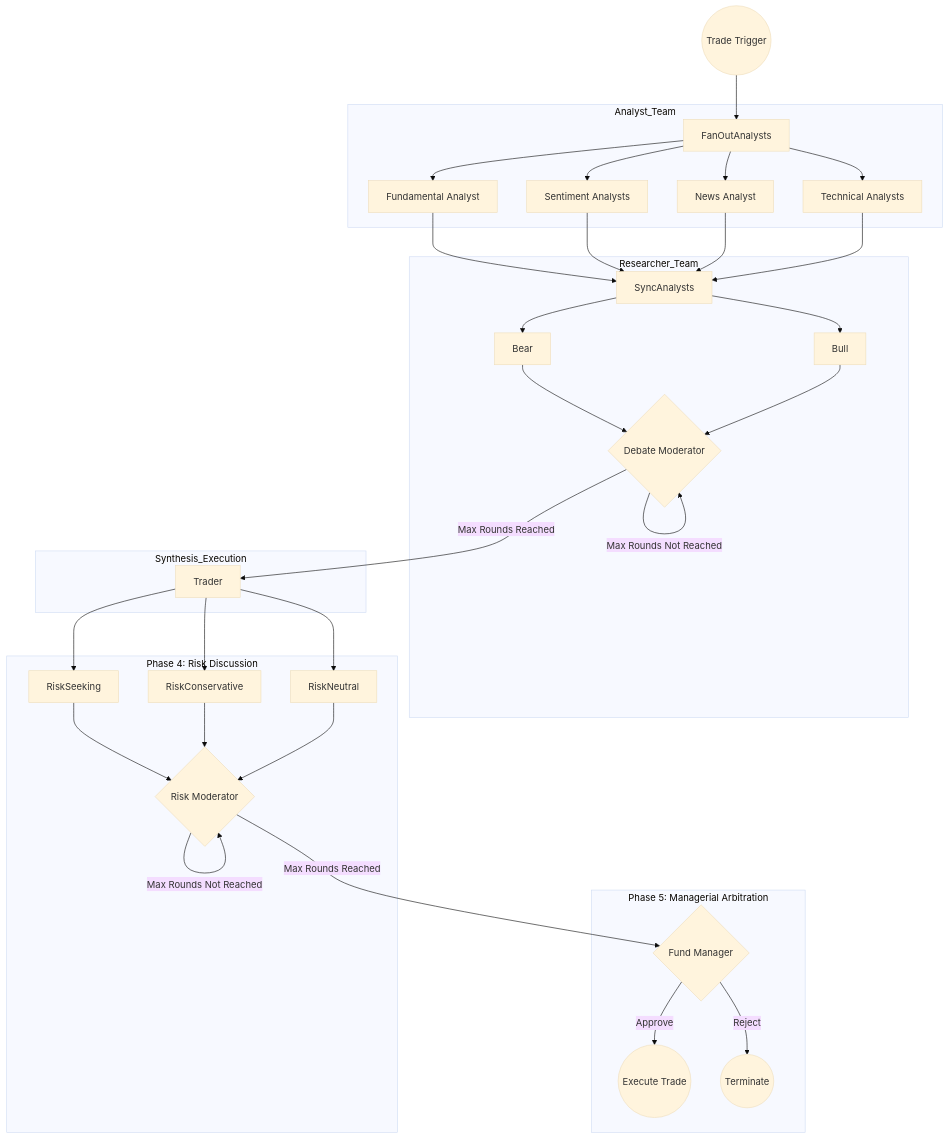
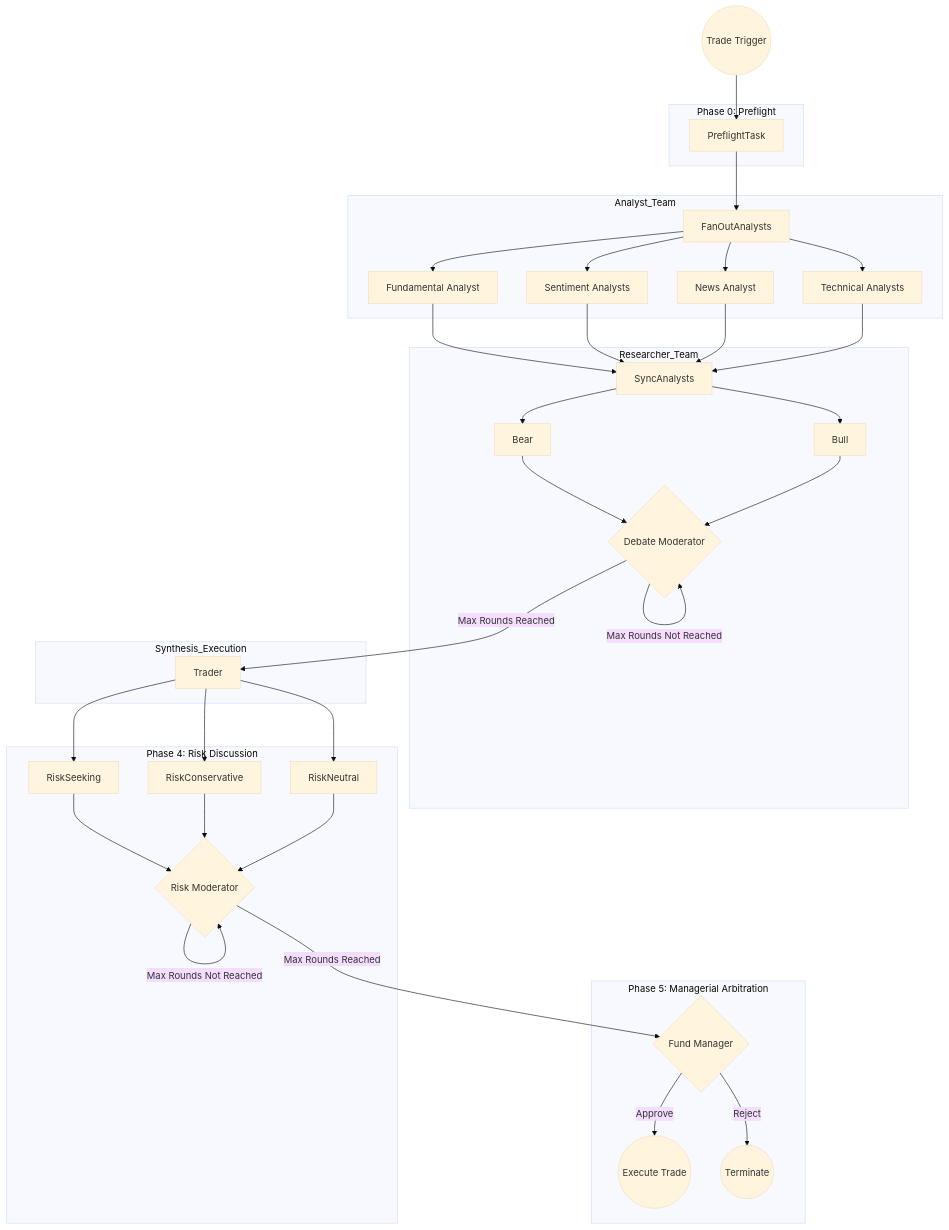
The diagram in PRD.md (BigtoC/scorpio-analyst), drawn with Mermaid (base theme) before and after one commit. The commit also changed other lines of this file and 1 other file, not shown here.

````diff
--- a/PRD.md
+++ b/PRD.md
@@ -225,46 +245,52 @@
 ```mermaid
 graph TD
 %% Core State
-    Start((Trade Trigger)) --> FanOutAnalysts
+    Start((Trade Trigger)) --> Preflight[PreflightTask]
+
+    subgraph Preflight_Phase [Phase 0: Preflight]
+        Preflight
+    end
+
+    Preflight --> FanOutAnalysts
 
     subgraph Analyst_Team
         FanOutAnalysts
         FanOutAnalysts --> Fund[Fundamental Analyst]
         FanOutAnalysts --> Sent[Sentiment Analysts]
         FanOutAnalysts --> News[News Analyst]
         FanOutAnalysts --> Tech[Technical Analysts]
     end
 
     Fund --> SyncAnalysts
     Sent --> SyncAnalysts
     News --> SyncAnalysts
     Tech --> SyncAnalysts
 
     subgraph Researcher_Team
         SyncAnalysts --> Bull
         SyncAnalysts --> Bear
         Bear --> Moderator{Debate Moderator}
         Bull --> Moderator{Debate Moderator}
         Moderator -- Max Rounds Not Reached --> Moderator
     end
 
     subgraph Synthesis_Execution
         Moderator -- Max Rounds Reached --> Trader
     end
 
     subgraph Risk_Team [Phase 4: Risk Discussion]
         Trader --> RiskSeeking
         Trader --> RiskConservative
         Trader --> RiskNeutral
         RiskSeeking --> RiskModerator{Risk Moderator}
         RiskConservative --> RiskModerator
         RiskNeutral --> RiskModerator
         RiskModerator -- Max Rounds Not Reached --> RiskModerator
     end
 
     subgraph Final_Decision [Phase 5: Managerial Arbitration]
         RiskModerator -- Max Rounds Reached --> Manager{Fund Manager}
         Manager -- Approve --> Execute((Execute Trade))
         Manager -- Reject --> Abort((Terminate))
     end
 ```
````
